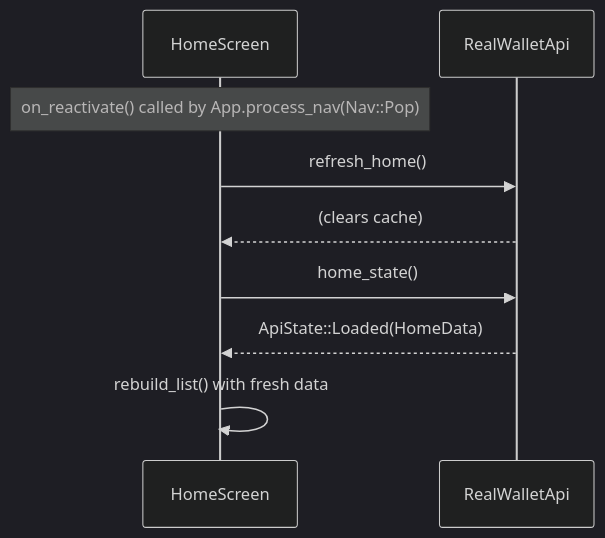
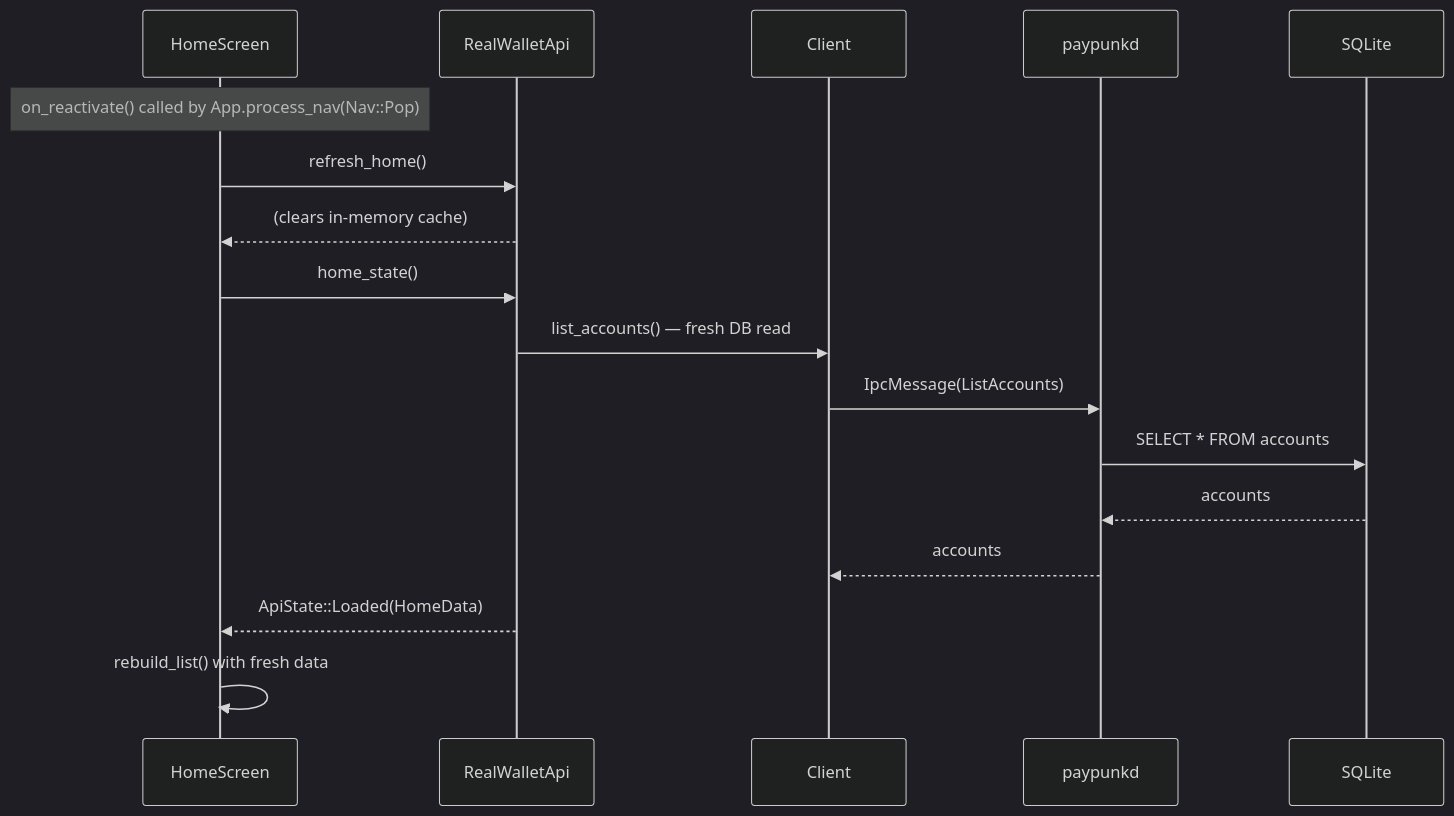
One commit to blockhackersio/paypunk changed the second of 2 diagrams in tui/docs/usecases/04-home.md. Above: the diagram before and after it, drawn with Mermaid (dark theme). The commit also changed other lines of this file and 9 other files, not shown here.

````diff
--- a/tui/docs/usecases/04-home.md
+++ b/tui/docs/usecases/04-home.md
@@ -64,12 +76,17 @@
 ```mermaid
 sequenceDiagram
     participant TUI as HomeScreen
     participant API as RealWalletApi
 
     Note over TUI: on_reactivate() called by App.process_nav(Nav::Pop)
     TUI->>API: refresh_home()
-    API-->>TUI: (clears cache)
+    API-->>TUI: (clears in-memory cache)
     TUI->>API: home_state()
+    API->>Client: list_accounts() — fresh DB read
+    Client->>paypunkd: IpcMessage(ListAccounts)
+    paypunkd->>SQLite: SELECT * FROM accounts
+    SQLite-->>paypunkd: accounts
+    paypunkd-->>Client: accounts
     API-->>TUI: ApiState::Loaded(HomeData)
     TUI->>TUI: rebuild_list() with fresh data
 ```
````
